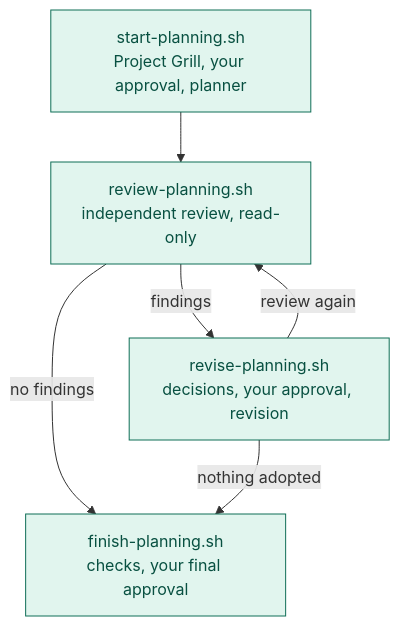
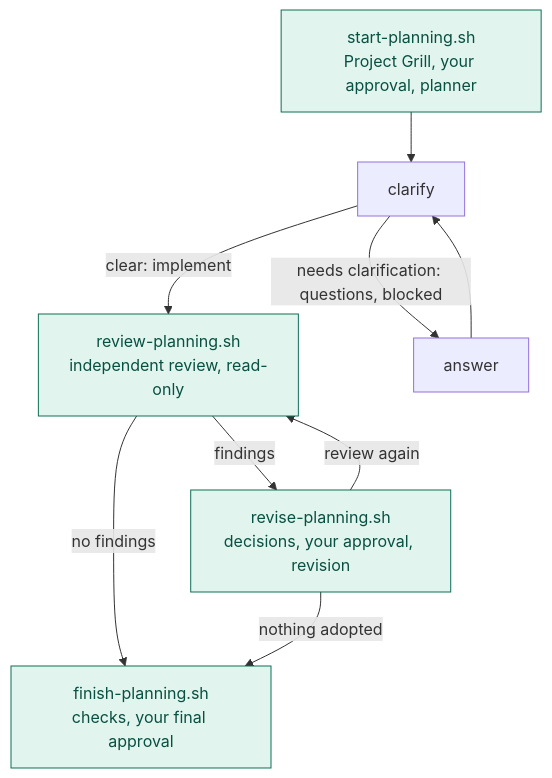
One commit to taspinar/agentic-coding-template changed the second of 6 diagrams in docs/workflow.md. Above: the diagram before and after it, drawn with Mermaid. The commit also changed other lines of this file and 8 other files, not shown here.

````diff
--- a/docs/workflow.md
+++ b/docs/workflow.md
@@ -49,16 +49,19 @@
 ```mermaid
 flowchart TD
   start["start-planning.sh<br/>Project Grill, your approval, planner"]
   review["review-planning.sh<br/>independent review, read-only"]
   revise["revise-planning.sh<br/>decisions, your approval, revision"]
   finish["finish-planning.sh<br/>checks, your final approval"]
 
-  start --> review
+  start --> clarify
+  clarify -- needs clarification: questions, blocked --> answer
+  answer --> clarify
+  clarify -- clear: implement --> review
   review -- findings --> revise
   revise -- review again --> review
   review -- no findings --> finish
   revise -- nothing adopted --> finish
 
   classDef plan fill:#E1F5EE,stroke:#0F6E56,color:#085041
   class start,review,revise,finish plan
 ```
````
